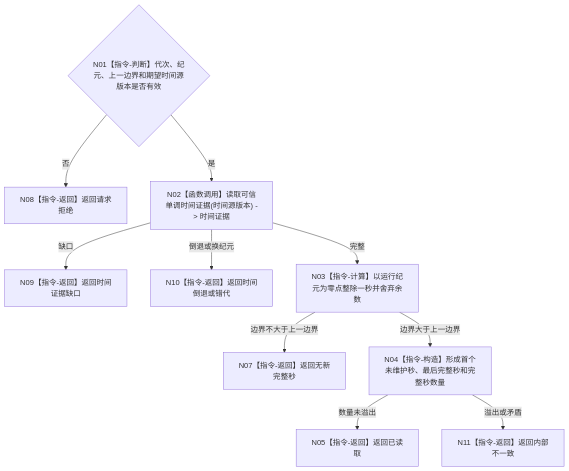
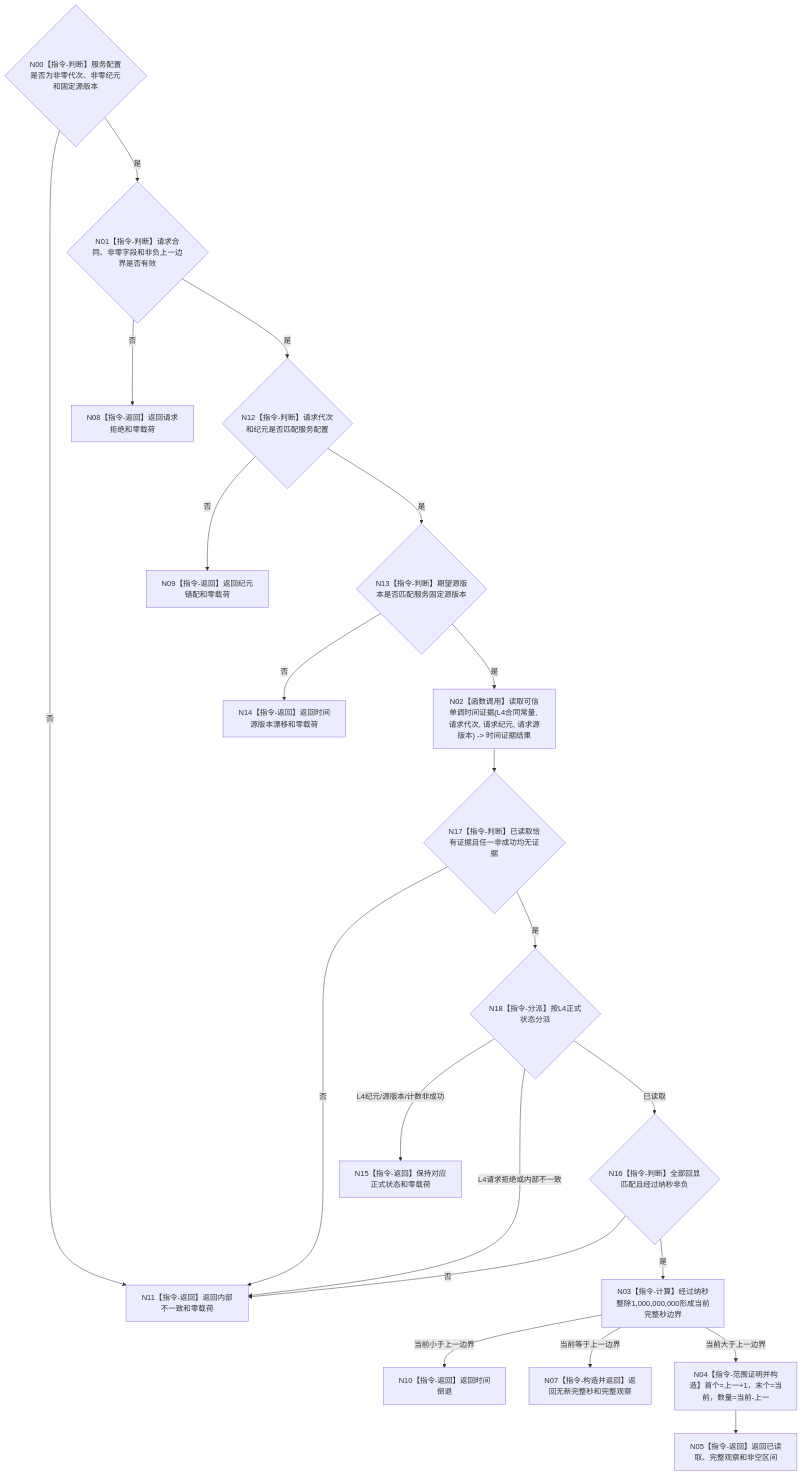
The diagram in 流程图/目标业务流程图/L3/BIZ-L3-002-01-02_读取当前完整秒边界_目标函数流程图_v0.1.md (chunhaizh-cyber/HY-Ego), drawn with Mermaid before and after one commit. The commit also changed other lines of this file and 4 other files, not shown here.

````diff
--- a/流程图/目标业务流程图/L3/BIZ-L3-002-01-02_读取当前完整秒边界_目标函数流程图_v0.1.md
+++ b/流程图/目标业务流程图/L3/BIZ-L3-002-01-02_读取当前完整秒边界_目标函数流程图_v0.1.md
@@ -30,12 +30,23 @@
 ```mermaid
 flowchart TD
-    N01{"N01【指令-判断】代次、纪元、上一边界和期望时间源版本是否有效"} -->|否| N08["N08【指令-返回】返回请求拒绝"]
-    N01 -->|是| N02["N02【函数调用】读取可信单调时间证据(时间源版本) -> 时间证据"]
-    N02 -->|缺口| N09["N09【指令-返回】返回时间证据缺口"]
-    N02 -->|倒退或换纪元| N10["N10【指令-返回】返回时间倒退或错代"]
-    N02 -->|完整| N03["N03【指令-计算】以运行纪元为零点整除一秒并舍弃余数"]
-    N03 -->|边界不大于上一边界| N07["N07【指令-返回】返回无新完整秒"]
-    N03 -->|边界大于上一边界| N04["N04【指令-构造】形成首个未维护秒、最后完整秒和完整秒数量"]
-    N04 -->|数量未溢出| N05["N05【指令-返回】返回已读取"]
-    N04 -->|溢出或矛盾| N11["N11【指令-返回】返回内部不一致"]
+    N00{"N00【指令-判断】服务配置是否为非零代次、非零纪元和固定源版本"} -->|否| N11["N11【指令-返回】返回内部不一致和零载荷"]
+    N00 -->|是| N01{"N01【指令-判断】请求合同、非零字段和非负上一边界是否有效"}
+    N01 -->|否| N08["N08【指令-返回】返回请求拒绝和零载荷"]
+    N01 -->|是| N12{"N12【指令-判断】请求代次和纪元是否匹配服务配置"}
+    N12 -->|否| N09["N09【指令-返回】返回纪元错配和零载荷"]
+    N12 -->|是| N13{"N13【指令-判断】期望源版本是否匹配服务固定源版本"}
+    N13 -->|否| N14["N14【指令-返回】返回时间源版本漂移和零载荷"]
+    N13 -->|是| N02["N02【函数调用】读取可信单调时间证据(L4合同常量, 请求代次, 请求纪元, 请求源版本) -> 时间证据结果"]
+    N02 --> N17{"N17【指令-判断】已读取恰有证据且任一非成功均无证据"}
+    N17 -->|否| N11
+    N17 -->|是| N18{"N18【指令-分派】按L4正式状态分派"}
+    N18 -->|L4纪元/源版本/计数非成功| N15["N15【指令-返回】保持对应正式状态和零载荷"]
+    N18 -->|L4请求拒绝或内部不一致| N11
+    N18 -->|已读取| N16{"N16【指令-判断】全部回显匹配且经过纳秒非负"}
+    N16 -->|否| N11
+    N16 -->|是| N03["N03【指令-计算】经过纳秒整除1,000,000,000形成当前完整秒边界"]
+    N03 -->|当前小于上一边界| N10["N10【指令-返回】返回时间倒退"]
+    N03 -->|当前等于上一边界| N07["N07【指令-构造并返回】返回无新完整秒和完整观察"]
+    N03 -->|当前大于上一边界| N04["N04【指令-范围证明并构造】首个=上一+1，末个=当前，数量=当前-上一"]
+    N04 --> N05["N05【指令-返回】返回已读取、完整观察和非空区间"]
 ```
````
